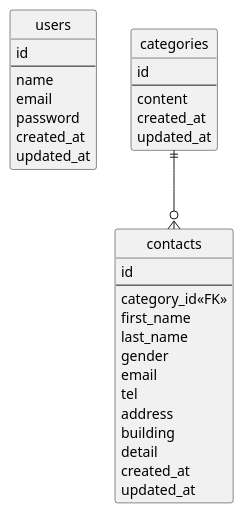
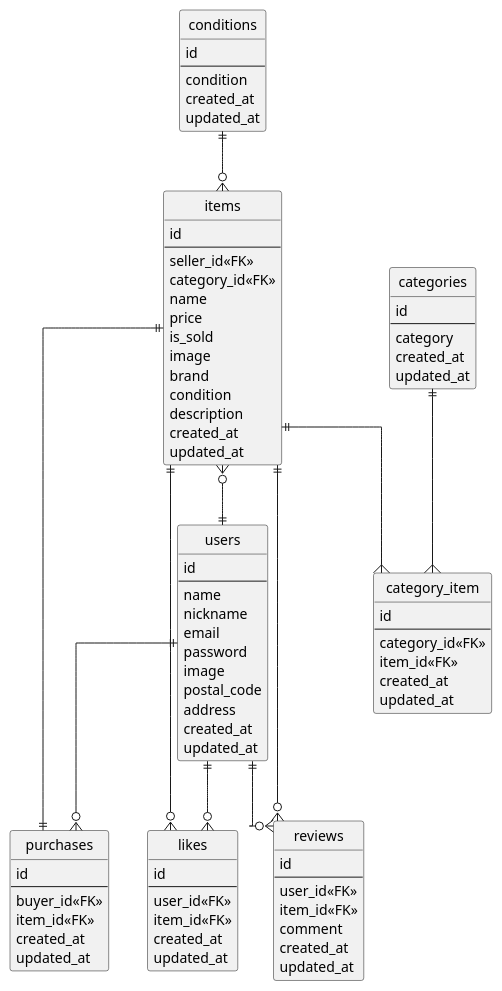
The diagram in img/carmeri.plantuml (Atsu-su/carmeri), drawn with PlantUML before and after one commit. The commit also changed 49 other files, not shown here.

```diff
--- a/img/carmeri.plantuml
+++ b/img/carmeri.plantuml
@@ -1,44 +1,103 @@
-@startuml achievement_test
+@startuml carmeri
 ' hide the spot
 hide circle
 
 ' avoid problems with angled crows feet
 skinparam linetype ortho
 
 entity "users" as users {
   id
   --
   name
+  nickname
   email
   password
+  image
+  postal_code
+  address
   created_at
   updated_at
 }
 
 entity "categories" as categories {
   id
   --
-  content
+  category
   created_at
   updated_at
 }
 
-entity "contacts" as contacts {
+entity "conditions" as conditions {
   id
   --
-  category_id<<FK>>
-  first_name
-  last_name
-  gender
-  email
-  tel
-  address
-  building
-  detail
+  condition
   created_at
   updated_at
 }
 
-categories ||--o{ contacts
+entity "category_item" as category_item {
+  id
+  --
+  category_id<<FK>>
+  item_id<<FK>>
+  created_at
+  updated_at
+}
+
+entity "items" as items {
+  id
+  --
+  seller_id<<FK>>
+  category_id<<FK>>
+  name
+  price
+  is_sold
+  image
+  brand
+  condition
+  description
+  created_at
+  updated_at
+}
+
+entity "purchases" as purchases {
+  id
+  --
+  buyer_id<<FK>>
+  item_id<<FK>>
+  created_at
+  updated_at
+}
+
+entity "likes" as likes {
+  id
+  --
+  user_id<<FK>>
+  item_id<<FK>>
+  created_at
+  updated_at
+}
+
+entity "reviews" as reviews {
+  id
+  --
+  user_id<<FK>>
+  item_id<<FK>>
+  comment
+  created_at
+  updated_at
+}
+
+categories ||--{ category_item
+conditions ||--o{ items
+items ||--{ category_item
+items ||--o{ likes
+items ||--|| purchases
+items ||--o{ reviews
+items }o--|| users
+users ||--o{ purchases
+users ||--o{ likes
+users ||--o{ reviews
+
 
 @enduml
```
